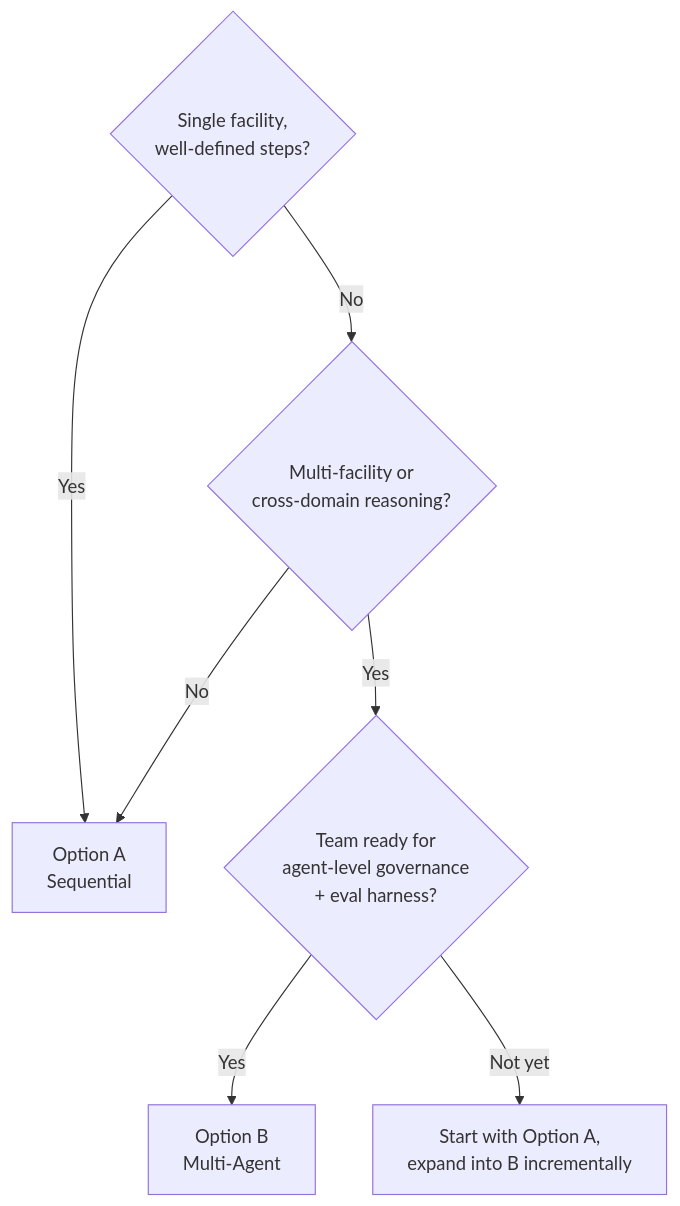
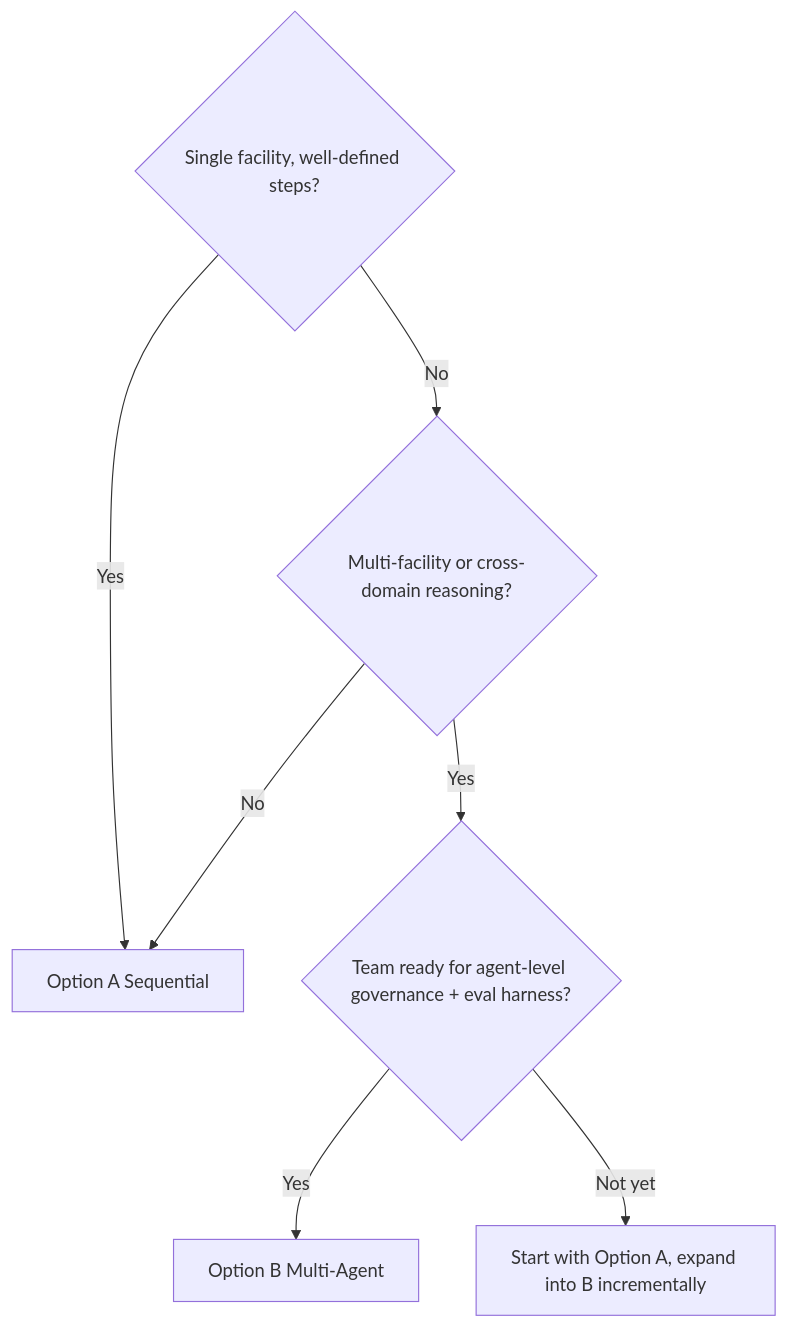
Before and after one commit to honestypugh2/warehouse-replenishment-ai-demo: the seventh of 7 diagrams in docs/07-demo-options.md, drawn with Mermaid. The commit also changed other lines of this file and 3 other files, not shown here.

First line of the commit message:
fix: resolve Mermaid rendering in all docs

````diff
--- a/docs/07-demo-options.md
+++ b/docs/07-demo-options.md
@@ -377,9 +377,9 @@
 ```mermaid
 flowchart TD
-    Q1{Single facility,<br/>well-defined steps?} -->|Yes| A[Option A<br/>Sequential]
-    Q1 -->|No| Q2{Multi-facility or<br/>cross-domain reasoning?}
-    Q2 -->|Yes| Q3{Team ready for<br/>agent-level governance<br/>+ eval harness?}
+    Q1{"Single facility, well-defined steps?"} -->|Yes| A["Option A Sequential"]
+    Q1 -->|No| Q2{"Multi-facility or cross-domain reasoning?"}
+    Q2 -->|Yes| Q3{"Team ready for agent-level governance + eval harness?"}
     Q2 -->|No| A
-    Q3 -->|Yes| B[Option B<br/>Multi-Agent]
-    Q3 -->|Not yet| A2[Start with Option A,<br/>expand into B incrementally]
+    Q3 -->|Yes| B["Option B Multi-Agent"]
+    Q3 -->|Not yet| A2["Start with Option A, expand into B incrementally"]
 ```
````
